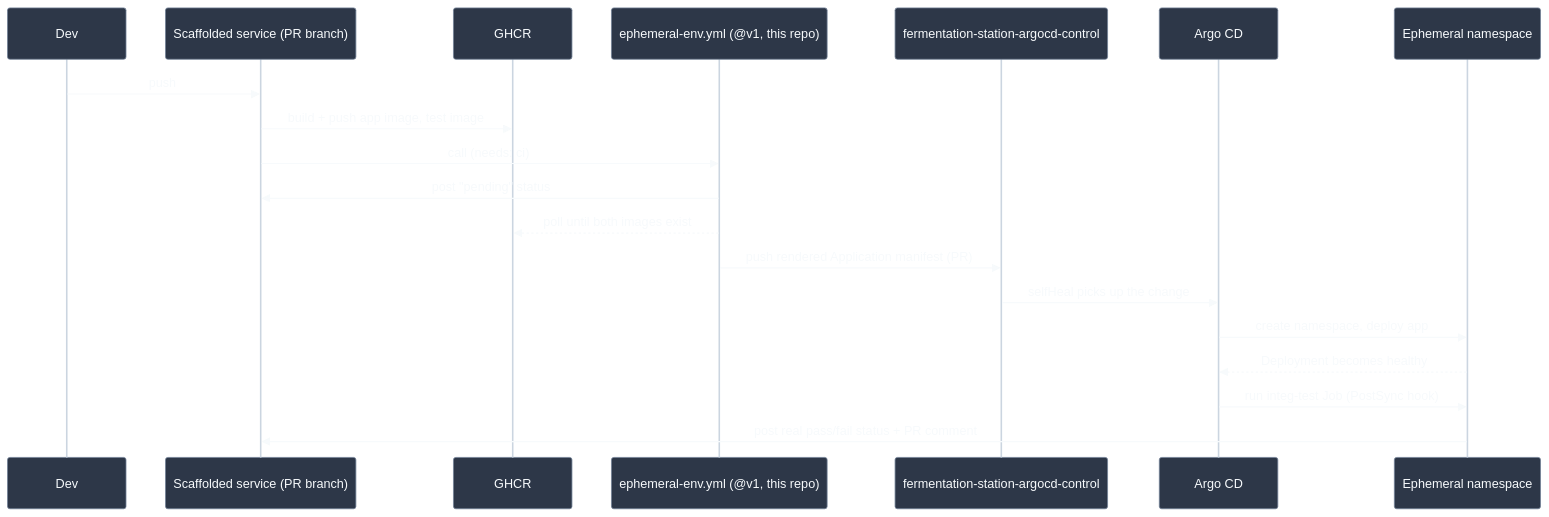
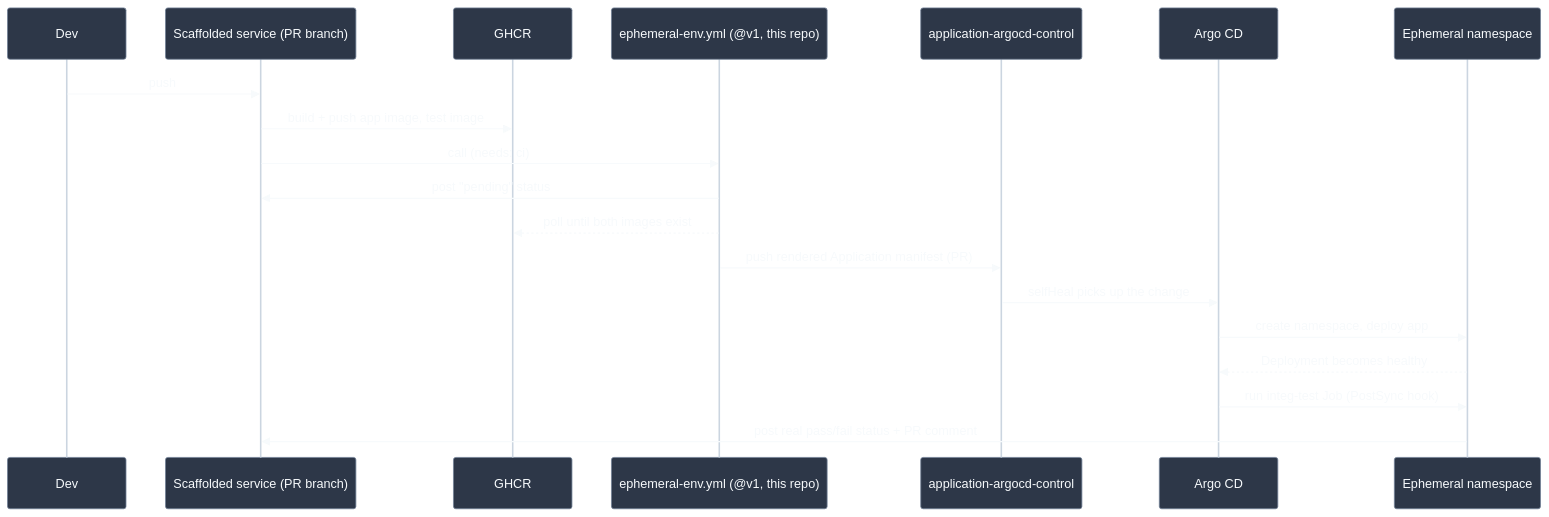
One commit to lukasb27/backstage-templates changed the diagram in docs/architecture.md. Above: the diagram before and after it, drawn with Mermaid. The commit also changed other lines of this file and 9 other files, not shown here.

````diff
--- a/docs/architecture.md
+++ b/docs/architecture.md
@@ -35,46 +35,46 @@
 ```mermaid
 %%{init: {
   "theme": "base",
   "themeVariables": {
     "background": "#1e1e1e",
     "primaryColor": "#2d3748",
     "primaryTextColor": "#f7fafc",
     "primaryBorderColor": "#718096",
     "lineColor": "#cbd5e0",
     "textColor": "#f7fafc",
     "actorTextColor": "#f7fafc",
     "actorLineColor": "#cbd5e0",
     "signalColor": "#f7fafc",
     "signalTextColor": "#f7fafc",
     "labelBoxBkgColor": "#2d3748",
     "labelBoxBorderColor": "#718096",
     "labelTextColor": "#f7fafc",
     "loopTextColor": "#f7fafc",
     "noteBkgColor": "#4a5568",
     "noteTextColor": "#f7fafc",
     "noteBorderColor": "#718096",
     "activationBkgColor": "#4a5568",
     "activationBorderColor": "#718096"
   }
 }}%%
 sequenceDiagram
     participant Dev
     participant Svc as Scaffolded service (PR branch)
     participant GHCR
     participant Env as ephemeral-env.yml (@v1, this repo)
-    participant Control as fermentation-station-argocd-control
+    participant Control as application-argocd-control
     participant Argo as Argo CD
     participant K8s as Ephemeral namespace
 
     Dev->>Svc: push
     Svc->>GHCR: build + push app image, test image
     Svc->>Env: call (needs: ci)
     Env->>Svc: post "pending" status
     Env-->>GHCR: poll until both images exist
     Env->>Control: push rendered Application manifest (PR)
     Control->>Argo: selfHeal picks up the change
     Argo->>K8s: create namespace, deploy app
     K8s-->>Argo: Deployment becomes healthy
     Argo->>K8s: run integ-test Job (PostSync hook)
     K8s->>Svc: post real pass/fail status + PR comment
 ```
````
